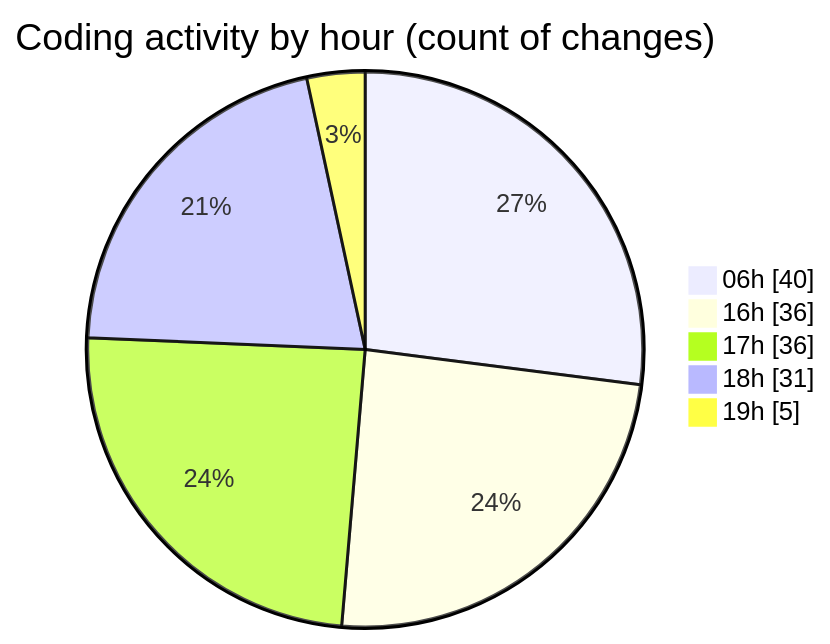
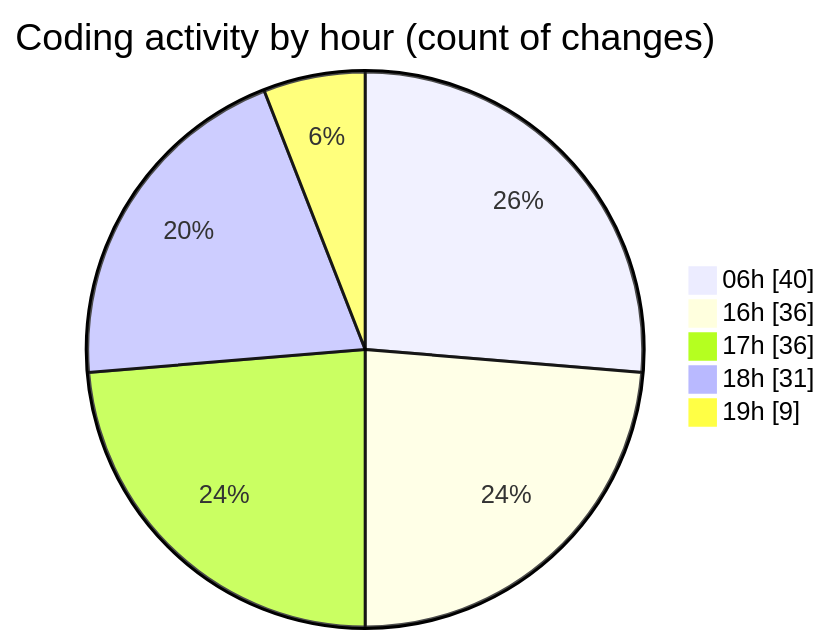
The second of 2 diagrams in 2025-02-25/micros/README.md (charlie-sans/code-tracking), drawn with Mermaid before and after one commit. The commit also changed other lines of this file and 1 other file, not shown here.

````diff
--- a/2025-02-25/micros/README.md
+++ b/2025-02-25/micros/README.md
@@ -75,9 +75,9 @@
 ```mermaid
 pie showData
 title Coding activity by hour (count of changes)
 "06h" : 40
 "16h" : 36
 "17h" : 36
 "18h" : 31
-"19h" : 5
+"19h" : 9
 ```
````
